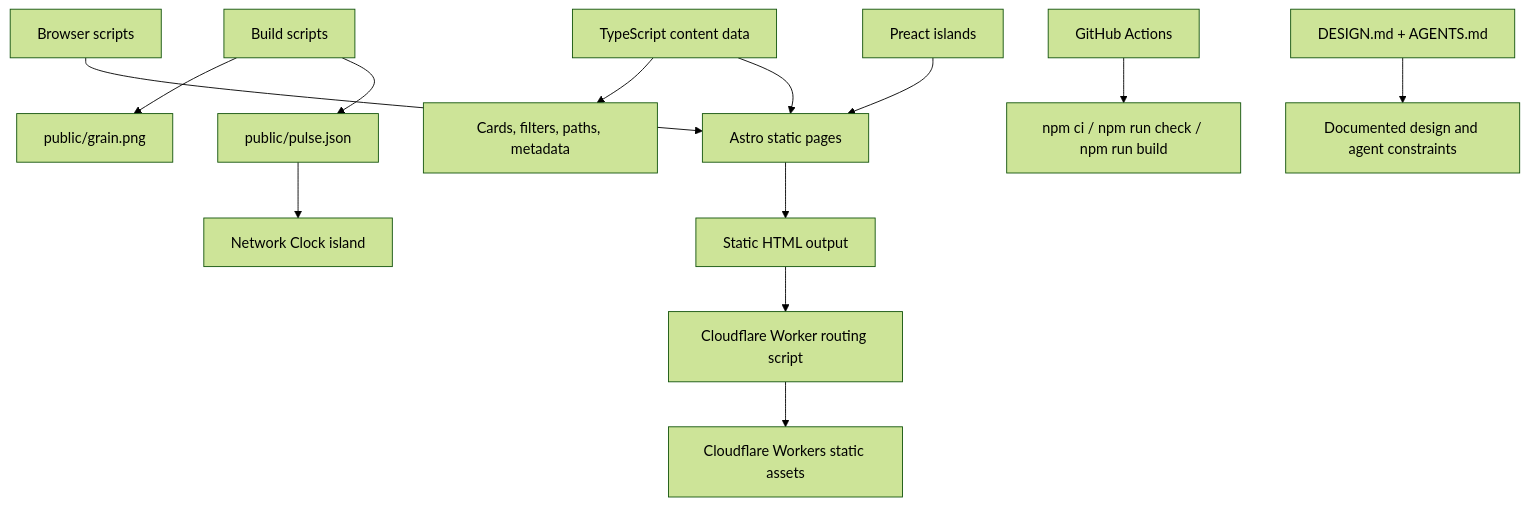
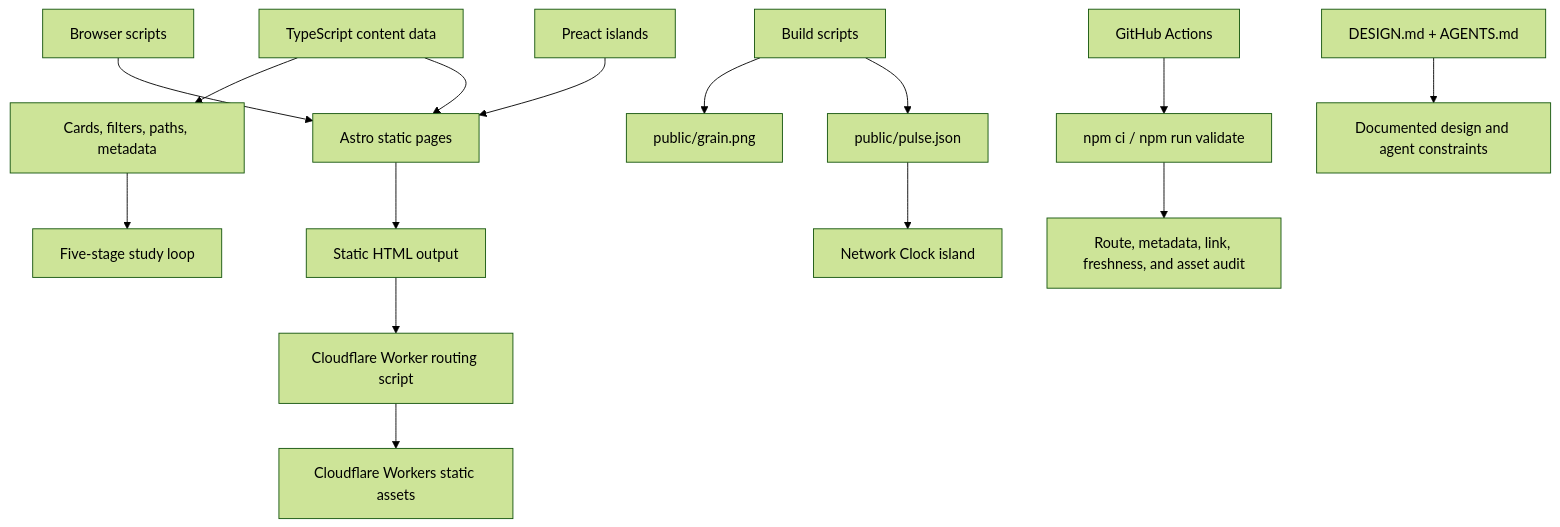
The diagram in README.md (VeteranXYZ/BitcoinMind), drawn with Mermaid (forest theme) before and after one commit. The commit also changed other lines of this file and 41 other files, not shown here.

Commit message:
Upgrade Astro to v7 and ship optimization roadmap

````diff
--- a/README.md
+++ b/README.md
@@ -43,15 +43,17 @@
 ```mermaid
 flowchart TD
   A[TypeScript content data] --> B[Astro static pages]
   A --> C[Cards, filters, paths, metadata]
+  C --> Q[Five-stage study loop]
   D[Build scripts] --> E[public/pulse.json]
   D --> F[public/grain.png]
   E --> G[Network Clock island]
   H[Preact islands] --> B
   I[Browser scripts] --> B
   B --> J[Static HTML output]
   J --> K[Cloudflare Worker routing script]
   K --> L[Cloudflare Workers static assets]
-  M[GitHub Actions] --> N[npm ci / npm run check / npm run build]
+  M[GitHub Actions] --> N[npm ci / npm run validate]
+  N --> R[Route, metadata, link, freshness, and asset audit]
   O[DESIGN.md + AGENTS.md] --> P[Documented design and agent constraints]
 ```
````
